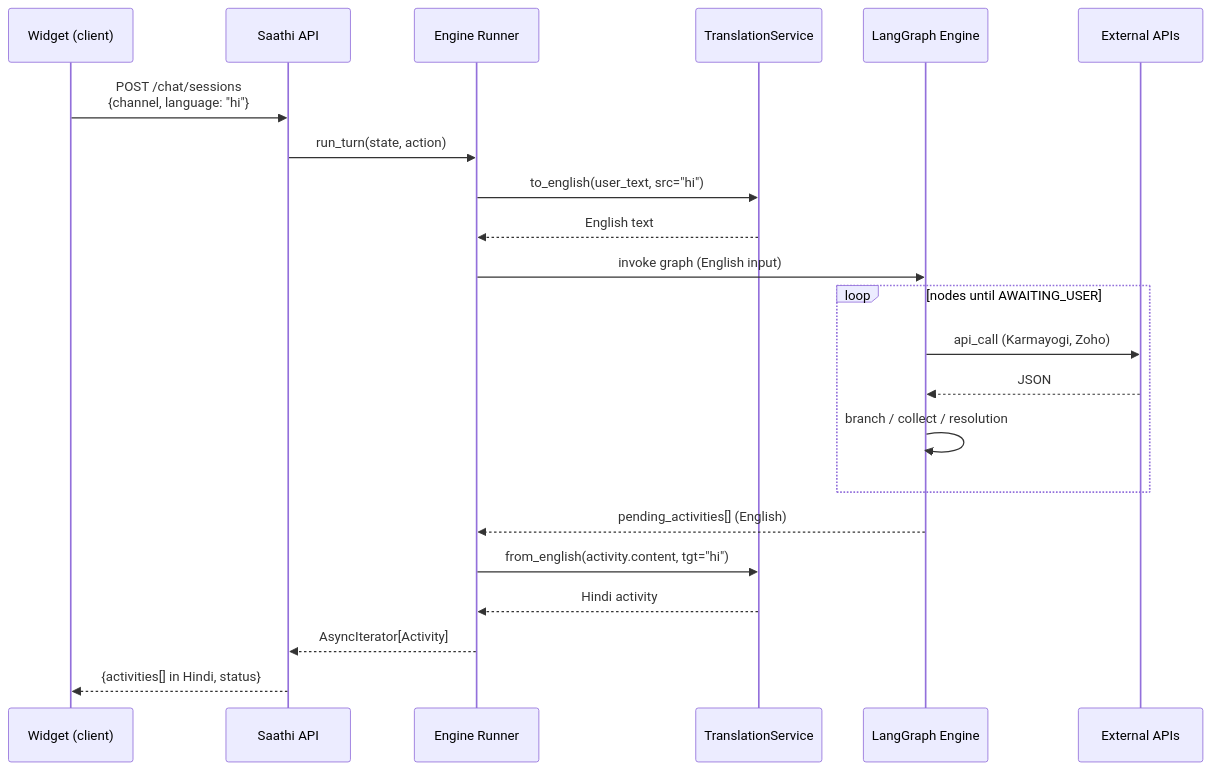
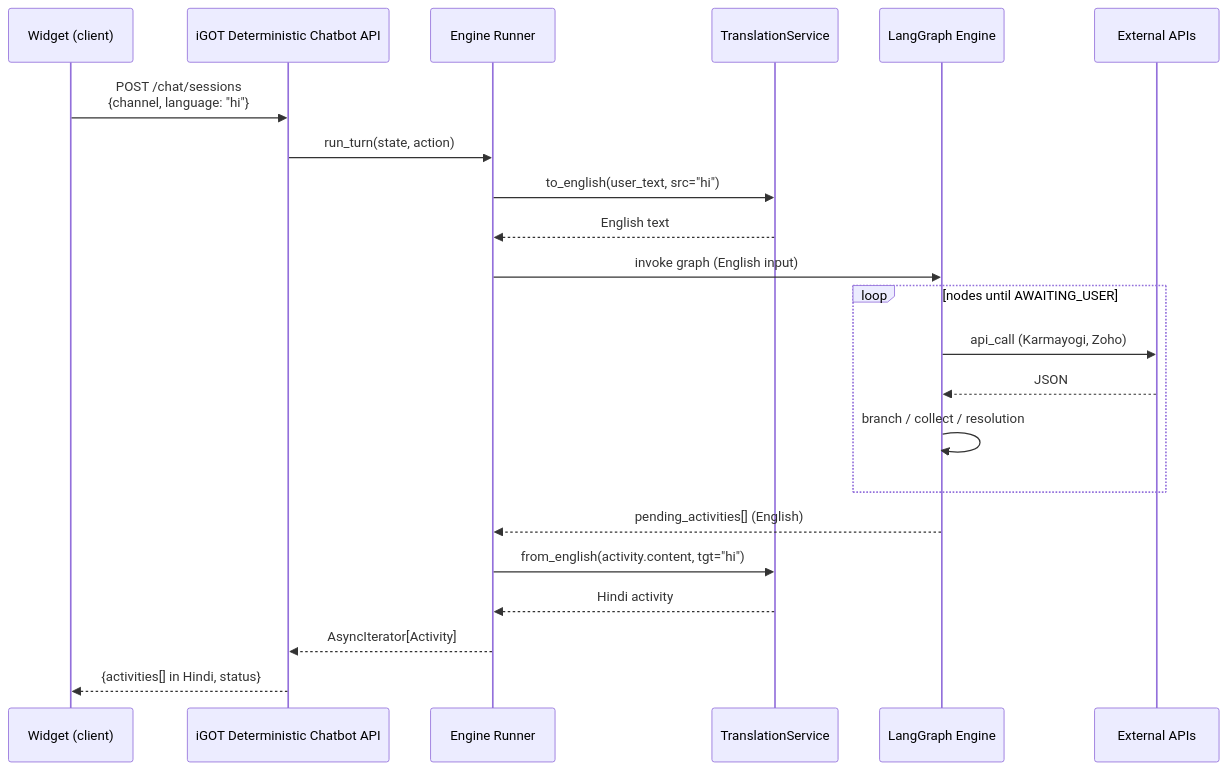
One commit to KB-iGOT/deterministic-chatbot changed the sixth of 11 diagrams in docs/DESIGN.md. Above: the diagram before and after it, drawn with Mermaid. The commit also changed other lines of this file and 29 other files, not shown here.

First line of the commit message:
Rename project from Saathi to iGOT Deterministic Chatbot

````diff
--- a/docs/DESIGN.md
+++ b/docs/DESIGN.md
@@ -262,25 +262,25 @@
 ```mermaid
 sequenceDiagram
     participant C as Widget (client)
-    participant A as Saathi API
+    participant A as iGOT Deterministic Chatbot API
     participant R as Engine Runner
     participant T as TranslationService
     participant E as LangGraph Engine
     participant X as External APIs
 
     C->>A: POST /chat/sessions<br/>{channel, language: "hi"}
     A->>R: run_turn(state, action)
     R->>T: to_english(user_text, src="hi")
     T-->>R: English text
     R->>E: invoke graph (English input)
     loop nodes until AWAITING_USER
         E->>X: api_call (Karmayogi, Zoho)
         X-->>E: JSON
         E->>E: branch / collect / resolution
     end
     E-->>R: pending_activities[] (English)
     R->>T: from_english(activity.content, tgt="hi")
     T-->>R: Hindi activity
     R-->>A: AsyncIterator[Activity]
     A-->>C: {activities[] in Hindi, status}
 ```
````
